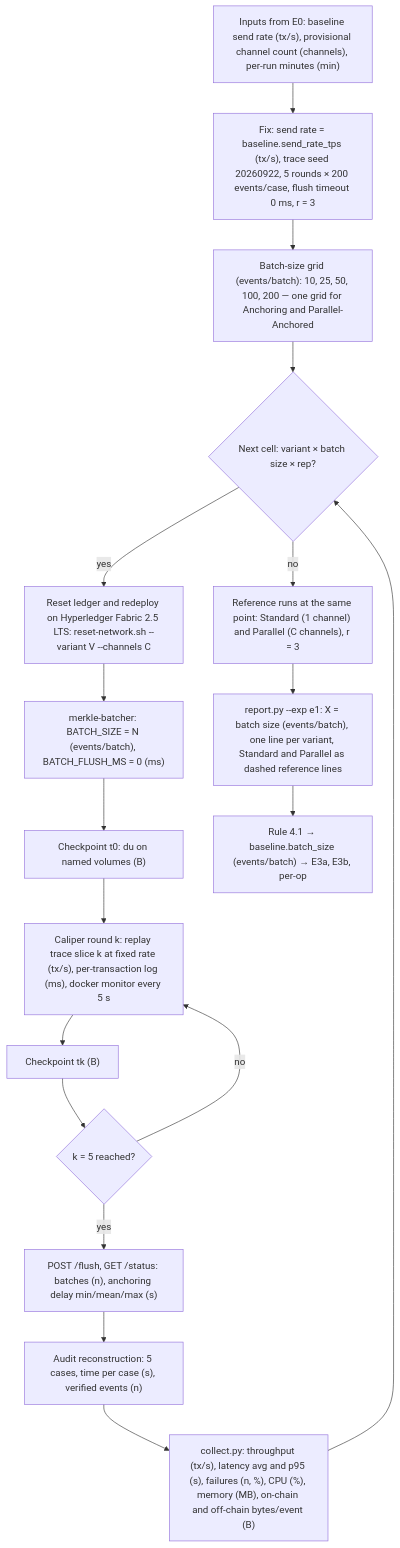
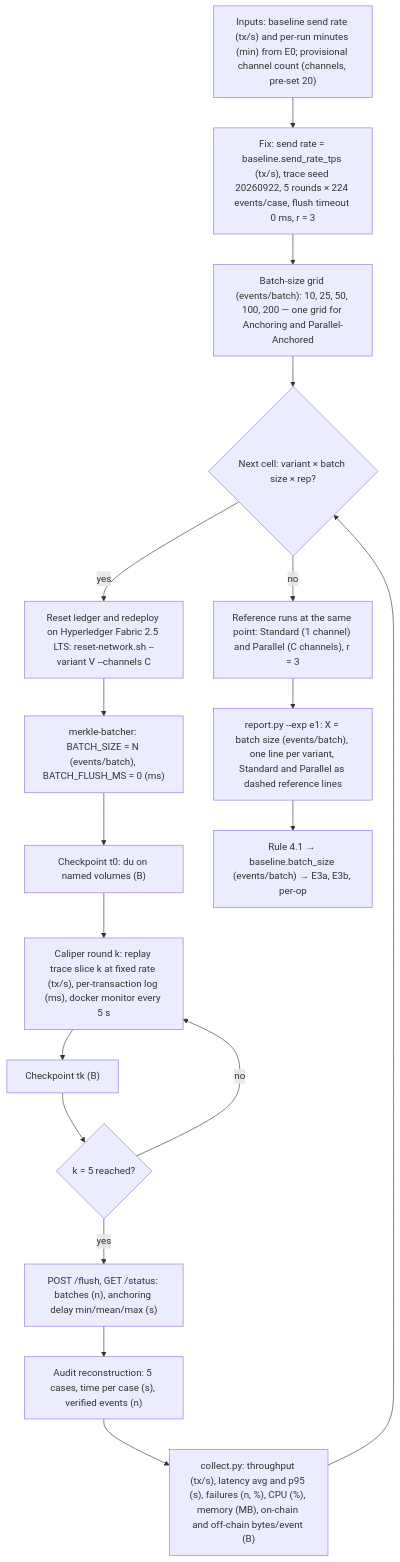
One commit to theflorist18/GLEIPNIR changed the first of 3 diagrams in docs/methodology/experiments.md. Above: the diagram before and after it, drawn with Mermaid. The commit also changed other lines of this file and 23 other files, not shown here.

First line of the commit message:
campaign pre-ramp: ramp 224, trace head-op spacing, per-case audit (CONTRACTS 12-21..23)

````diff
--- a/docs/methodology/experiments.md
+++ b/docs/methodology/experiments.md
@@ -246,20 +247,20 @@
 ```mermaid
 flowchart TD
-    A["Inputs from E0: baseline send rate (tx/s), provisional channel count (channels), per-run minutes (min)"] --> B["Fix: send rate = baseline.send_rate_tps (tx/s), trace seed 20260922, 5 rounds × 200 events/case, flush timeout 0 ms, r = 3"]
+    A["Inputs: baseline send rate (tx/s) and per-run minutes (min) from E0; provisional channel count (channels, pre-set 20)"] --> B["Fix: send rate = baseline.send_rate_tps (tx/s), trace seed 20260922, 5 rounds × 224 events/case, flush timeout 0 ms, r = 3"]
     B --> C["Batch-size grid (events/batch): 10, 25, 50, 100, 200 — one grid for Anchoring and Parallel-Anchored"]
     C --> D{"Next cell: variant × batch size × rep?"}
     D -->|"yes"| E["Reset ledger and redeploy on Hyperledger Fabric 2.5 LTS: reset-network.sh --variant V --channels C"]
     E --> F["merkle-batcher: BATCH_SIZE = N (events/batch), BATCH_FLUSH_MS = 0 (ms)"]
     F --> G["Checkpoint t0: du on named volumes (B)"]
     G --> H["Caliper round k: replay trace slice k at fixed rate (tx/s), per-transaction log (ms), docker monitor every 5 s"]
     H --> I["Checkpoint tk (B)"]
     I --> J{"k = 5 reached?"}
     J -->|"no"| H
     J -->|"yes"| K["POST /flush, GET /status: batches (n), anchoring delay min/mean/max (s)"]
     K --> L["Audit reconstruction: 5 cases, time per case (s), verified events (n)"]
     L --> M["collect.py: throughput (tx/s), latency avg and p95 (s), failures (n, %), CPU (%), memory (MB), on-chain and off-chain bytes/event (B)"]
     M --> D
     D -->|"no"| N["Reference runs at the same point: Standard (1 channel) and Parallel (C channels), r = 3"]
     N --> O["report.py --exp e1: X = batch size (events/batch), one line per variant, Standard and Parallel as dashed reference lines"]
     O --> P["Rule 4.1 → baseline.batch_size (events/batch) → E3a, E3b, per-op"]
 ```
````
